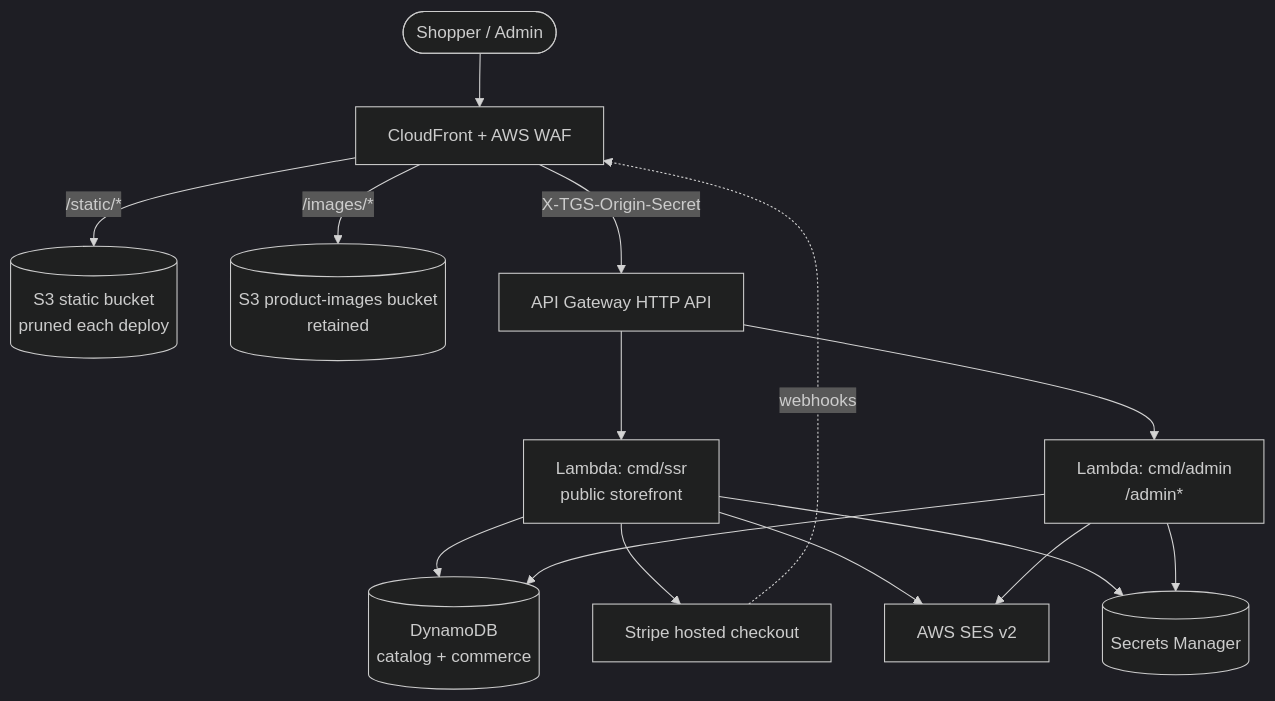
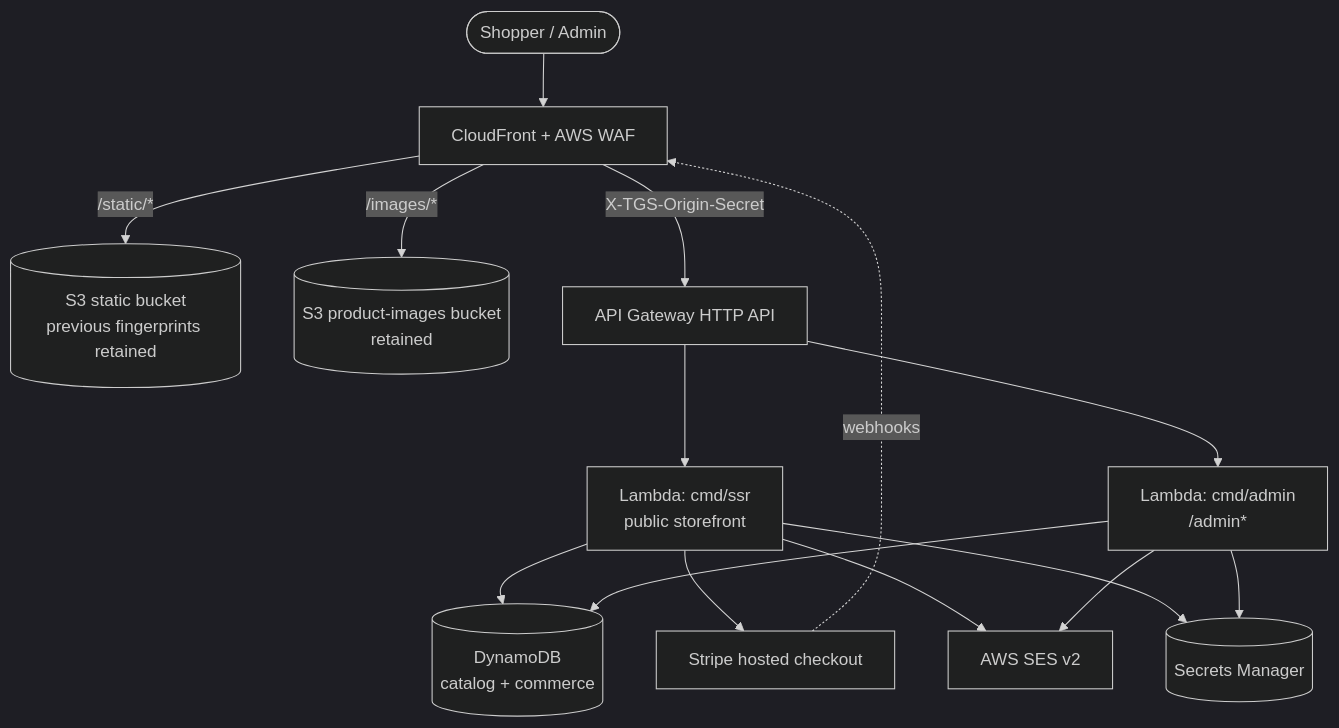
The diagram in docs/architecture.md (anhydrous99/thailandgiftshop), drawn with Mermaid (dark theme) before and after one commit. The commit also changed other lines of this file and 28 other files, not shown here.

````diff
--- a/docs/architecture.md
+++ b/docs/architecture.md
@@ -11,17 +11,17 @@
 ```mermaid
 flowchart TD
     User([Shopper / Admin]) --> CF[CloudFront + AWS WAF]
-    CF -->|/static/*| S3static[(S3 static bucket<br/>pruned each deploy)]
+    CF -->|/static/*| S3static[(S3 static bucket<br/>previous fingerprints retained)]
     CF -->|/images/*| S3img[(S3 product-images bucket<br/>retained)]
     CF -->|X-TGS-Origin-Secret| APIGW[API Gateway HTTP API]
     APIGW --> SSR[Lambda: cmd/ssr<br/>public storefront]
     APIGW --> Admin[Lambda: cmd/admin<br/>/admin*]
     SSR --> DDB[(DynamoDB<br/>catalog + commerce)]
     Admin --> DDB
     SSR --> Stripe[Stripe hosted checkout]
     Stripe -. webhooks .-> CF
     SSR --> SES[AWS SES v2]
     Admin --> SES
     SSR --> SM[(Secrets Manager)]
     Admin --> SM
 ```
````
